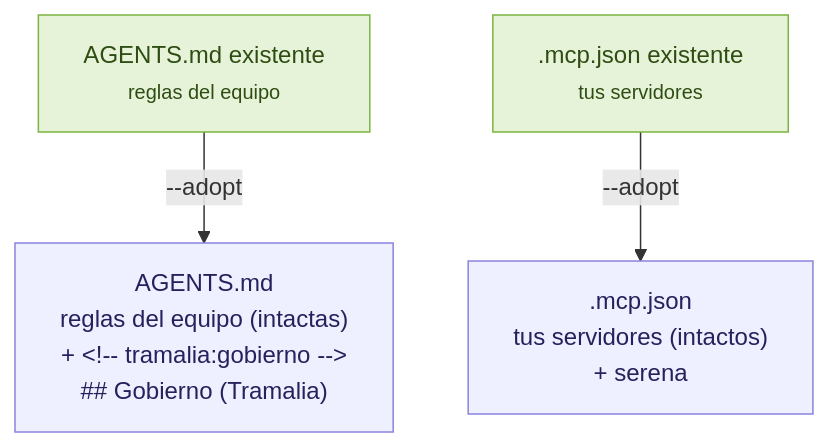
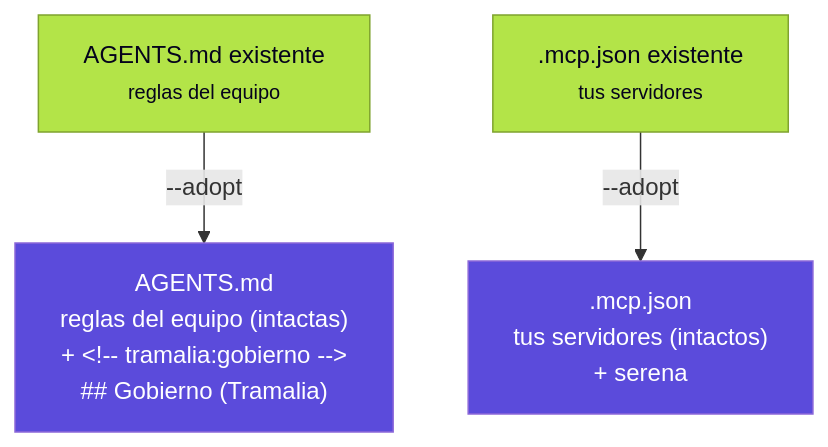
One commit to MscottB/tramalia changed the diagram in docs/adopcion.md. Above: the diagram before and after it, drawn with Mermaid. The commit also changed 32 other files, not shown here.

First line of the commit message:
feat: v0.33.0 — portada carta de presentación + diagramas dark-mode + aclaración de Cierre

````diff
--- a/docs/adopcion.md
+++ b/docs/adopcion.md
@@ -20,7 +20,7 @@
 ```mermaid
 flowchart TB
-    classDef s fill:#eef0ff,stroke:#8a83e0,color:#26215c;
-    classDef u fill:#e7f3d8,stroke:#7cb342,color:#2e4d13;
+    classDef s fill:#5b4bdb,stroke:#8c68d9,color:#ffffff;
+    classDef u fill:#b3e448,stroke:#7fa32e,color:#05031c;
     A["AGENTS.md existente<br/><small>reglas del equipo</small>"]:::u -->|--adopt| B["AGENTS.md<br/>reglas del equipo (intactas)<br/>+ &lt;!-- tramalia:gobierno --&gt;<br/>## Gobierno (Tramalia)"]:::s
     C[".mcp.json existente<br/><small>tus servidores</small>"]:::u -->|--adopt| D[".mcp.json<br/>tus servidores (intactos)<br/>+ serena"]:::s
 ```
````
